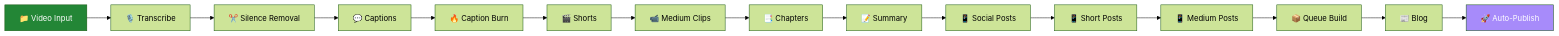
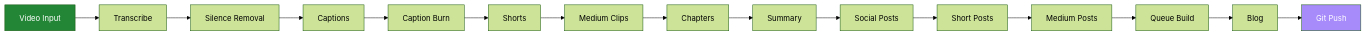
The diagram in site/index.md (htekdev/vidpipe), drawn with Mermaid (forest theme) before and after one commit. The commit also changed other lines of this file and 8 other files, not shown here.

````diff
--- a/site/index.md
+++ b/site/index.md
@@ -44,20 +74,20 @@
 ```mermaid
-flowchart LR
-    A[📁 Video Input] --> B[🎙️ Transcribe]
-    B --> C[✂️ Silence Removal]
-    C --> D[💬 Captions]
-    D --> E[🔥 Caption Burn]
-    E --> F[🎬 Shorts]
-    F --> G[📹 Medium Clips]
-    G --> H[📑 Chapters]
-    H --> I[📝 Summary]
-    I --> J[📱 Social Posts]
-    J --> K[📱 Short Posts]
-    K --> L[📱 Medium Posts]
-    L --> M[📦 Queue Build]
-    M --> N[📰 Blog]
-    N --> O[🚀 Auto-Publish]
+graph LR
+    A[Video Input] --> B[Transcribe]
+    B --> C[Silence Removal]
+    C --> D[Captions]
+    D --> E[Caption Burn]
+    E --> F[Shorts]
+    F --> G[Medium Clips]
+    G --> H[Chapters]
+    H --> I[Summary]
+    I --> J[Social Posts]
+    J --> K[Short Posts]
+    K --> L[Medium Posts]
+    L --> M[Queue Build]
+    M --> N[Blog]
+    N --> O[Git Push]
 
     style A fill:#238636,color:#fff
     style O fill:#a78bfa,color:#fff
 ```
````
